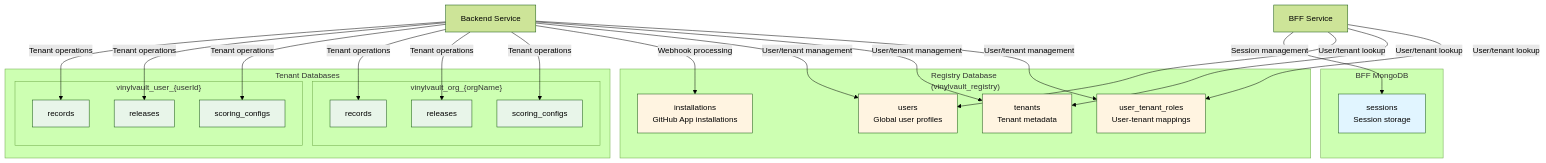
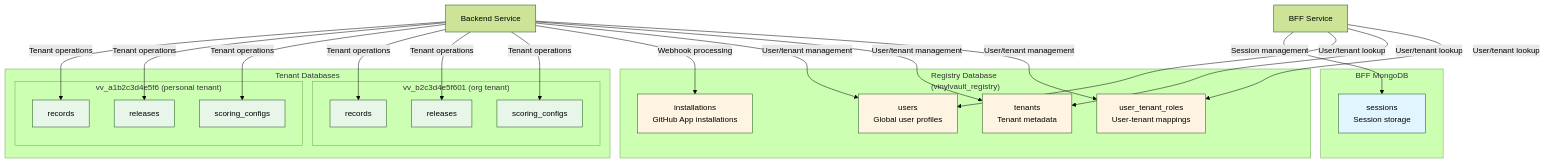
Before and after one commit to mloitzl/vinyl-vault: the second of 3 diagrams in Architecture.MD, drawn with Mermaid (forest theme). The commit also changed other lines of this file and 17 other files, not shown here.

First line of the commit message:
feat: add admin scripts for user and tenant management

````diff
--- a/Architecture.MD
+++ b/Architecture.MD
@@ -230,58 +241,58 @@
 ```mermaid
 graph TB
     subgraph "BFF MongoDB"
         SESS[sessions<br/>Session storage]
     end
     
     subgraph "Registry Database<br/>(vinylvault_registry)"
         USERS[users<br/>Global user profiles]
         TENANTS[tenants<br/>Tenant metadata]
         UTR[user_tenant_roles<br/>User-tenant mappings]
         INST[installations<br/>GitHub App installations]
     end
     
     subgraph "Tenant Databases"
-        subgraph "vinylvault_user_{userId}"
+        subgraph "vv_a1b2c3d4e5f6 (personal tenant)"
             TREC1[records]
             TREL1[releases]
             TSCR1[scoring_configs]
         end
         
-        subgraph "vinylvault_org_{orgName}"
+        subgraph "vv_b2c3d4e5f601 (org tenant)"
             TREC2[records]
             TREL2[releases]
             TSCR2[scoring_configs]
         end
     end
     
     BFF[BFF Service]
     BACKEND[Backend Service]
     
     BFF -->|Session management| SESS
     BFF -->|User/tenant lookup| USERS
     BFF -->|User/tenant lookup| TENANTS
     BFF -->|User/tenant lookup| UTR
     
     BACKEND -->|Tenant operations| TREC1
     BACKEND -->|Tenant operations| TREL1
     BACKEND -->|Tenant operations| TSCR1
     BACKEND -->|Tenant operations| TREC2
     BACKEND -->|Tenant operations| TREL2
     BACKEND -->|Tenant operations| TSCR2
     BACKEND -->|Webhook processing| INST
     BACKEND -->|User/tenant management| USERS
     BACKEND -->|User/tenant management| TENANTS
     BACKEND -->|User/tenant management| UTR
     
     style SESS fill:#e1f5ff
     style USERS fill:#fff4e1
     style TENANTS fill:#fff4e1
     style UTR fill:#fff4e1
     style INST fill:#fff4e1
     style TREC1 fill:#e8f5e9
     style TREL1 fill:#e8f5e9
     style TSCR1 fill:#e8f5e9
     style TREC2 fill:#e8f5e9
     style TREL2 fill:#e8f5e9
     style TSCR2 fill:#e8f5e9
 ```
````
